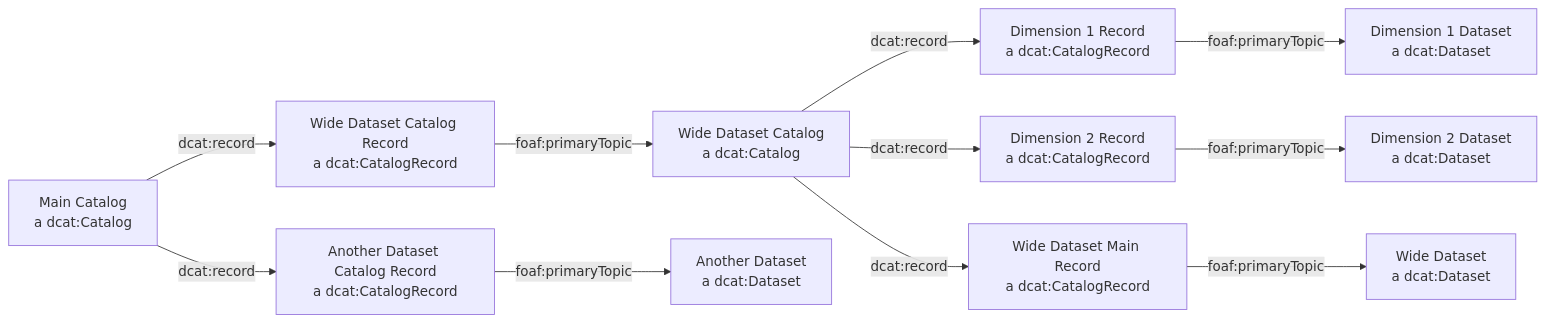
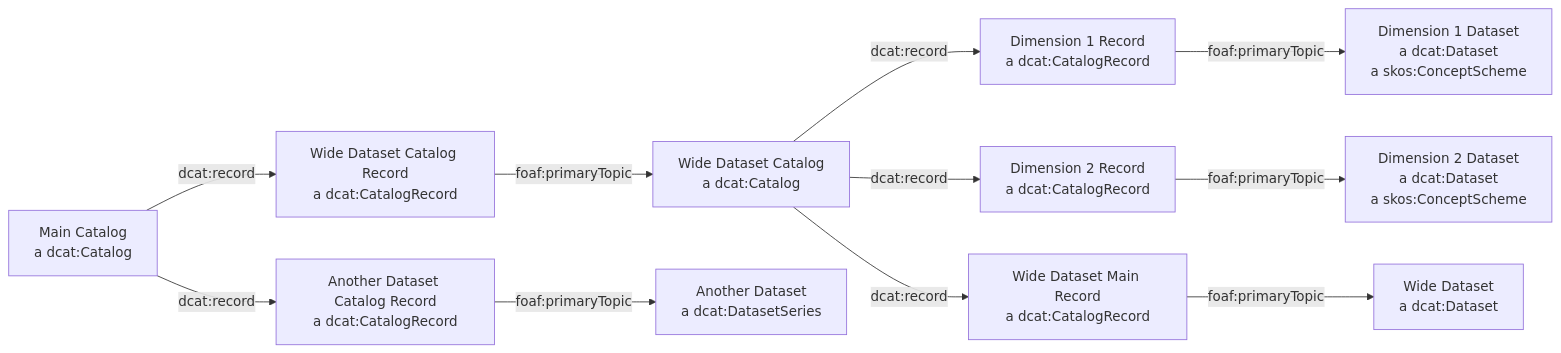
One commit to ONSdigital/application-profile changed the second of 16 diagrams in README.md. Above: the diagram before and after it, drawn with Mermaid. The commit also changed other lines of this file, not shown here.

Commit message:
ConceptSchemes as Datasets * Class diagram in Codelists * Catalog entry implications

````diff
--- a/README.md
+++ b/README.md
@@ -623,23 +623,23 @@
 ```mermaid
 flowchart LR
     pc[Main Catalog\na dcat:Catalog]
     pcr1[Wide Dataset Catalog Record\na dcat:CatalogRecord]
     pcr2[Another Dataset Catalog Record\na dcat:CatalogRecord]
     wc[Wide Dataset Catalog\na dcat:Catalog]
     wcr1[Dimension 1 Record\na dcat:CatalogRecord]
     wcr2[Dimension 2 Record\na dcat:CatalogRecord]
     wcr3[Wide Dataset Main Record\na dcat:CatalogRecord]
-    add[Another Dataset\na dcat:Dataset]
-    wd1[Dimension 1 Dataset\na dcat:Dataset]
-    wd2[Dimension 2 Dataset\na dcat:Dataset]
+    add[Another Dataset\na dcat:DatasetSeries]
+    wd1[Dimension 1 Dataset\na dcat:Dataset\na skos:ConceptScheme]
+    wd2[Dimension 2 Dataset\na dcat:Dataset\na skos:ConceptScheme]
     wd3[Wide Dataset\na dcat:Dataset]
 
     pc -->|dcat:record| pcr1
     pc -->|dcat:record| pcr2
     pcr1 -->|foaf:primaryTopic| wc
     wc -->|dcat:record| wcr1 & wcr2 & wcr3
     pcr2 -->|foaf:primaryTopic| add
     wcr1 -->|foaf:primaryTopic| wd1
     wcr2 -->|foaf:primaryTopic| wd2
     wcr3 -->|foaf:primaryTopic| wd3
 ```
````
